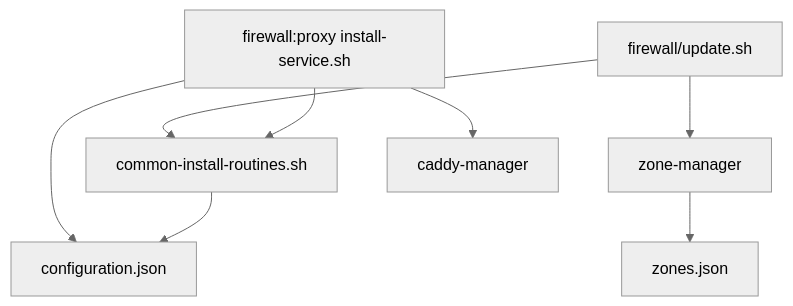
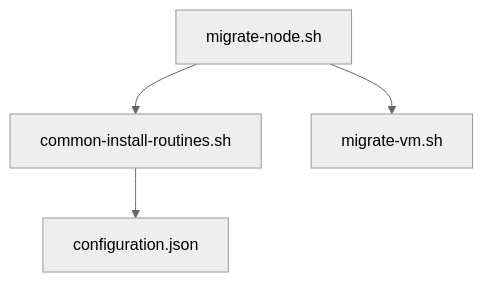
One commit to TAPPaaS/TAPPaaS changed diagram 13 of 14 in src/foundation/DEPENDENCIES.md. Above: the diagram before and after it, drawn with Mermaid (neutral theme). The commit also changed other lines of this file and 3 other files, not shown here.

Commit message:
updated dependency graphs

````diff
--- a/src/foundation/DEPENDENCIES.md
+++ b/src/foundation/DEPENDENCIES.md
@@ -315,10 +383,6 @@
 ```mermaid
 graph TD
-    A["firewall/update.sh"] --> B["common-install-routines.sh"]
-    A --> C["zone-manager"]
-    C --> D["zones.json"]
-    E["firewall:proxy install-service.sh"] --> B
-    E --> F["caddy-manager"]
-    E --> G["configuration.json"]
-    B --> G
+    A["migrate-node.sh"] --> B["common-install-routines.sh"]
+    A --> C["migrate-vm.sh"]
+    B --> D["configuration.json"]
 ```
````
